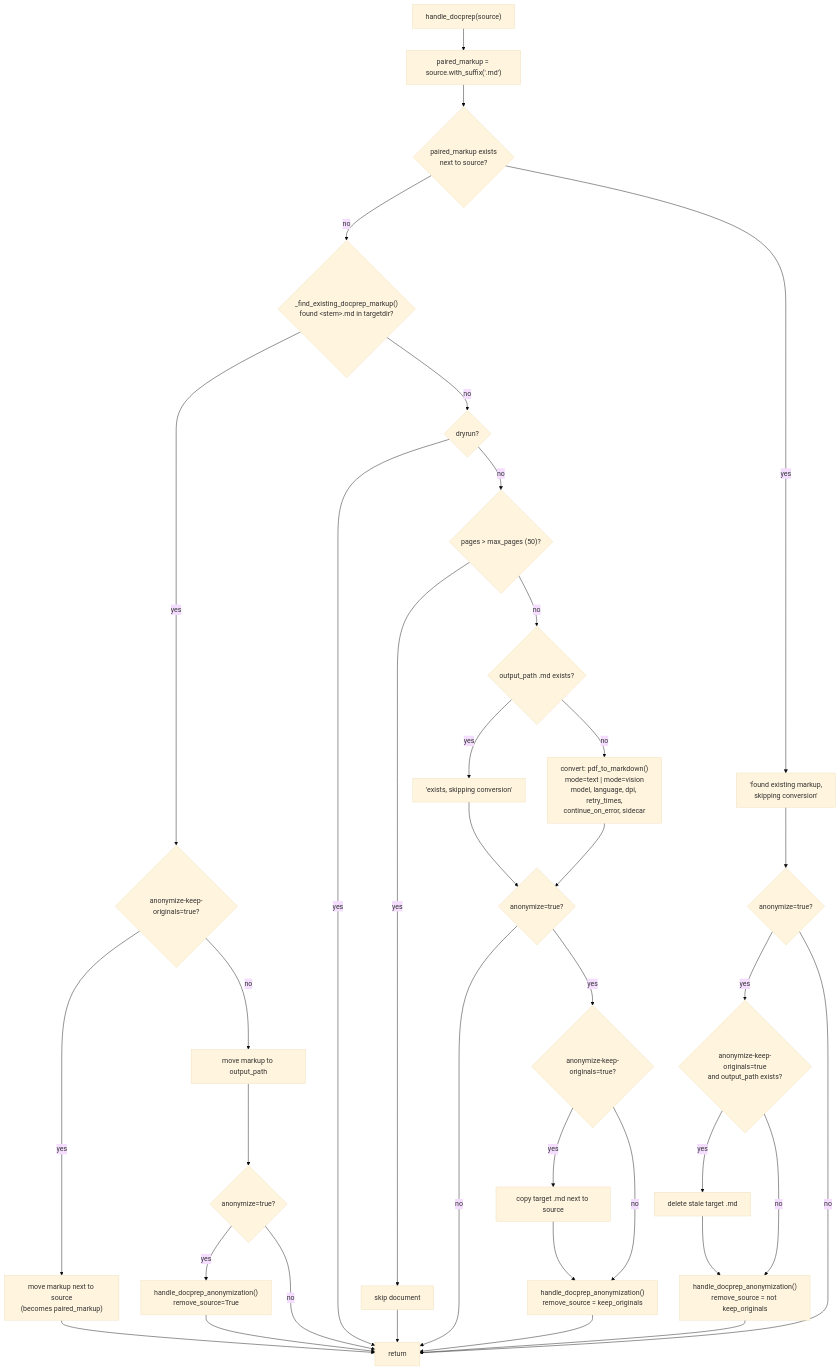
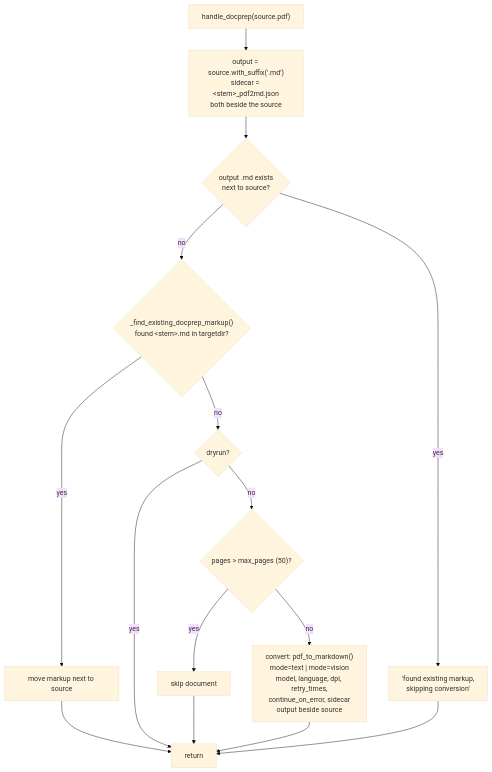
Before and after one commit to ManfredWisniewski/wit_pytools: the second of 4 diagrams in README_cinderallasort-flow.md, drawn with Mermaid (base theme). The commit also changed other lines of this file and 6 other files, not shown here.

Commit message:
README: split DOCPREP and ANONYMIZE documentation with separate bowl sections, updated flow diagrams, and clarified that DOCPREP converts in-place while ANONYMIZE selects files for anonymization pipeline

````diff
--- a/README_cinderallasort-flow.md
+++ b/README_cinderallasort-flow.md
@@ -34,38 +42,17 @@
 ```mermaid
 flowchart TD
-    A["handle_docprep(source)"] --> B["paired_markup = source.with_suffix('.md')"]
-    B --> C{"paired_markup exists<br/>next to source?"}
+    A["handle_docprep(source.pdf)"] --> B["output = source.with_suffix('.md')<br/>sidecar = &lt;stem&gt;_pdf2md.json<br/>both beside the source"]
+    B --> C{"output .md exists<br/>next to source?"}
     C -- no --> D{"_find_existing_docprep_markup()<br/>found &lt;stem&gt;.md in targetdir?"}
-    D -- yes --> E{"anonymize-keep-originals=true?"}
-    E -- yes --> F["move markup next to source<br/>(becomes paired_markup)"]
-    F --> Z["return"]
-    E -- no --> G["move markup to output_path"]
-    G --> H{"anonymize=true?"}
-    H -- yes --> I["handle_docprep_anonymization()<br/>remove_source=True"]
-    H -- no --> Z
-    I --> Z
+    D -- yes --> E["move markup next to source"]
+    E --> Z["return"]
     D -- no --> J{"dryrun?"}
     J -- yes --> Z
     C -- yes --> K["'found existing markup,<br/>skipping conversion'"]
-    K --> L{"anonymize=true?"}
-    L -- yes --> M{"anonymize-keep-originals=true<br/>and output_path exists?"}
-    M -- yes --> M2["delete stale target .md"]
-    M -- no --> M3
-    M2 --> M3["handle_docprep_anonymization()<br/>remove_source = not keep_originals"]
-    L -- no --> Z
-    M3 --> Z
+    K --> Z
     J -- no --> N{"pages &gt; max_pages (50)?"}
     N -- yes --> N2["skip document"]
     N2 --> Z
-    N -- no --> O{"output_path .md exists?"}
-    O -- yes --> P["'exists, skipping conversion'"]
-    O -- no --> Q["convert: pdf_to_markdown()<br/>mode=text | mode=vision<br/>model, language, dpi, retry_times,<br/>continue_on_error, sidecar"]
-    P --> R{"anonymize=true?"}
-    Q --> R
-    R -- no --> Z
-    R -- yes --> S{"anonymize-keep-originals=true?"}
-    S -- yes --> T["copy target .md next to source"]
-    S -- no --> U
-    T --> U["handle_docprep_anonymization()<br/>remove_source = keep_originals"]
-    U --> Z
+    N -- no --> Q["convert: pdf_to_markdown()<br/>mode=text | mode=vision<br/>model, language, dpi, retry_times,<br/>continue_on_error, sidecar<br/>output beside source"]
+    Q --> Z
 ```
````
